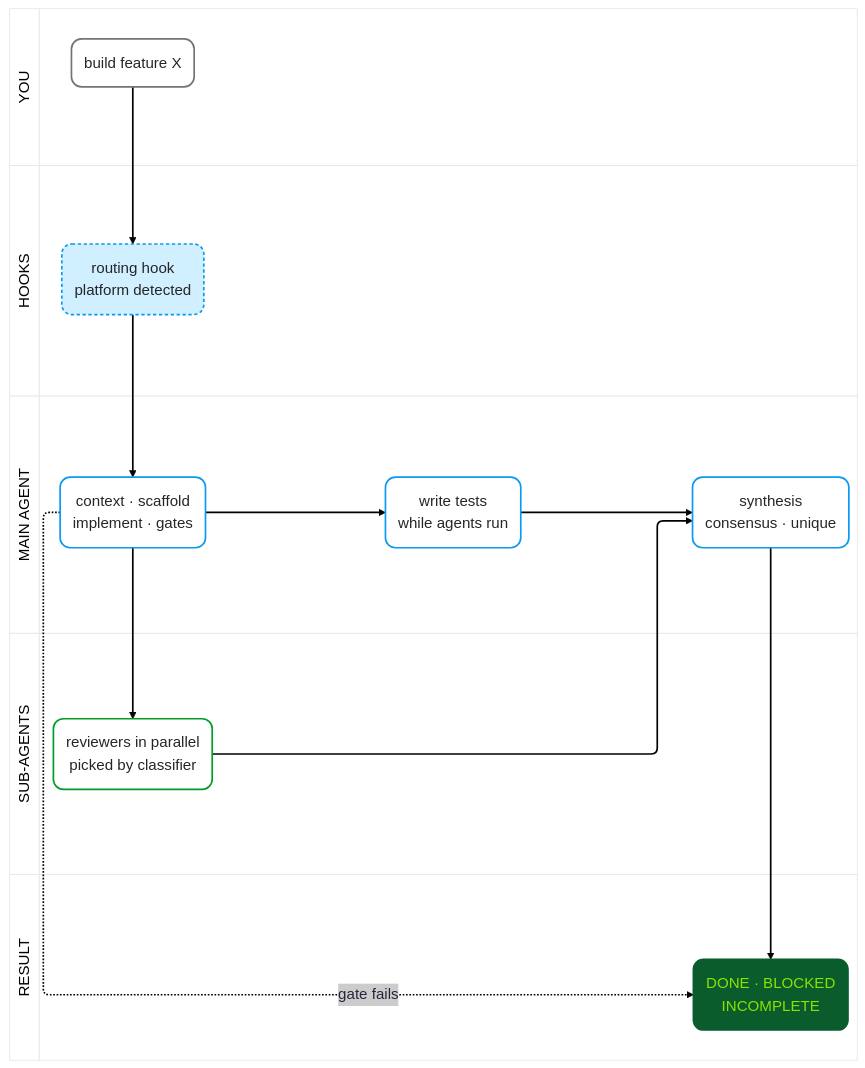
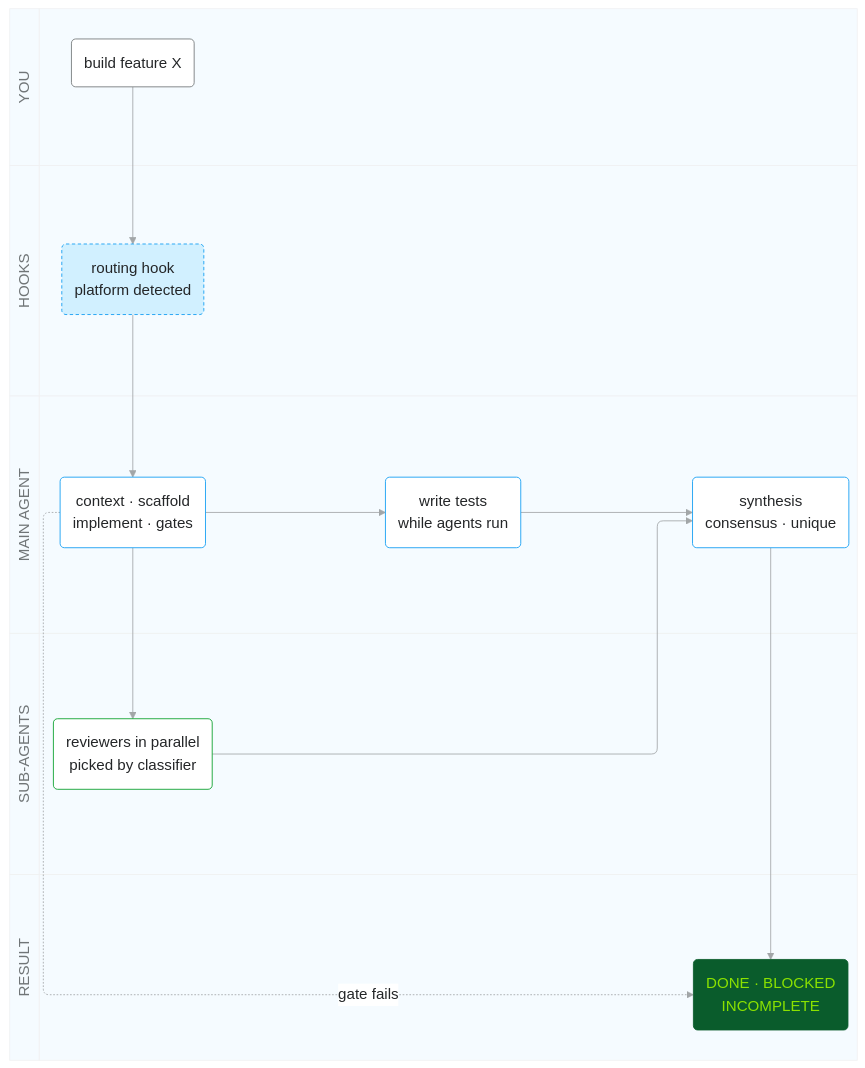
The seventh of 18 diagrams in README.md (raditia/CraftKit), drawn with Mermaid before and after one commit. The commit also changed other lines of this file, not shown here.

````diff
--- a/README.md
+++ b/README.md
@@ -546,48 +594,57 @@
 ```mermaid
 ---
 config:
-  theme: redux-color
+  theme: base
+  look: classic
   fontFamily: "-apple-system, BlinkMacSystemFont, Segoe UI, Helvetica, Arial, sans-serif"
   themeVariables:
     fontFamily: "-apple-system, BlinkMacSystemFont, Segoe UI, Helvetica, Arial, sans-serif"
     fontSize: 18px
+    primaryColor: "#FFFFFF"
+    primaryBorderColor: "#C1C4C6"
+    primaryTextColor: "#242628"
+    lineColor: "#A2A6A8"
+    clusterBkg: "#F5FBFF"
+    clusterBorder: "#F0F1F2"
+    titleColor: "#707577"
+    edgeLabelBackground: "#FFFFFF"
   flowchart:
     wrappingWidth: 260
 ---
 swimlane-beta LR
     subgraph you["YOU"]
         ask("build feature X")
     end
     subgraph hooks["HOOKS"]
         route("routing hook<br/>platform detected")
     end
     subgraph main["MAIN AGENT"]
         impl("context · scaffold<br/>implement · gates")
         tst("write tests<br/>while agents run")
         syn("synthesis<br/>consensus · unique")
     end
     subgraph subs["SUB-AGENTS"]
         rev("reviewers in parallel<br/>picked by classifier")
     end
     subgraph result["RESULT"]
         done("DONE · BLOCKED<br/>INCOMPLETE")
     end
     ask --> route --> impl
     impl --> rev
     impl --> tst
     rev --> syn
     tst --> syn
     syn --> done
     impl -.->|gate fails| done
 
     classDef you fill:#FFFFFF,stroke:#707577,color:#242628
     classDef hook fill:#D1F0FF,stroke:#0A9AF2,color:#242628,stroke-dasharray:4 3
     classDef main fill:#FFFFFF,stroke:#0A9AF2,color:#242628
     classDef sub fill:#FFFFFF,stroke:#029D24,color:#242628
     classDef verdict fill:#0A5C2C,stroke:#0A5C2C,color:#8BE200
     class ask you
     class route hook
     class impl,tst,syn main
     class rev sub
     class done verdict
 ```
````
